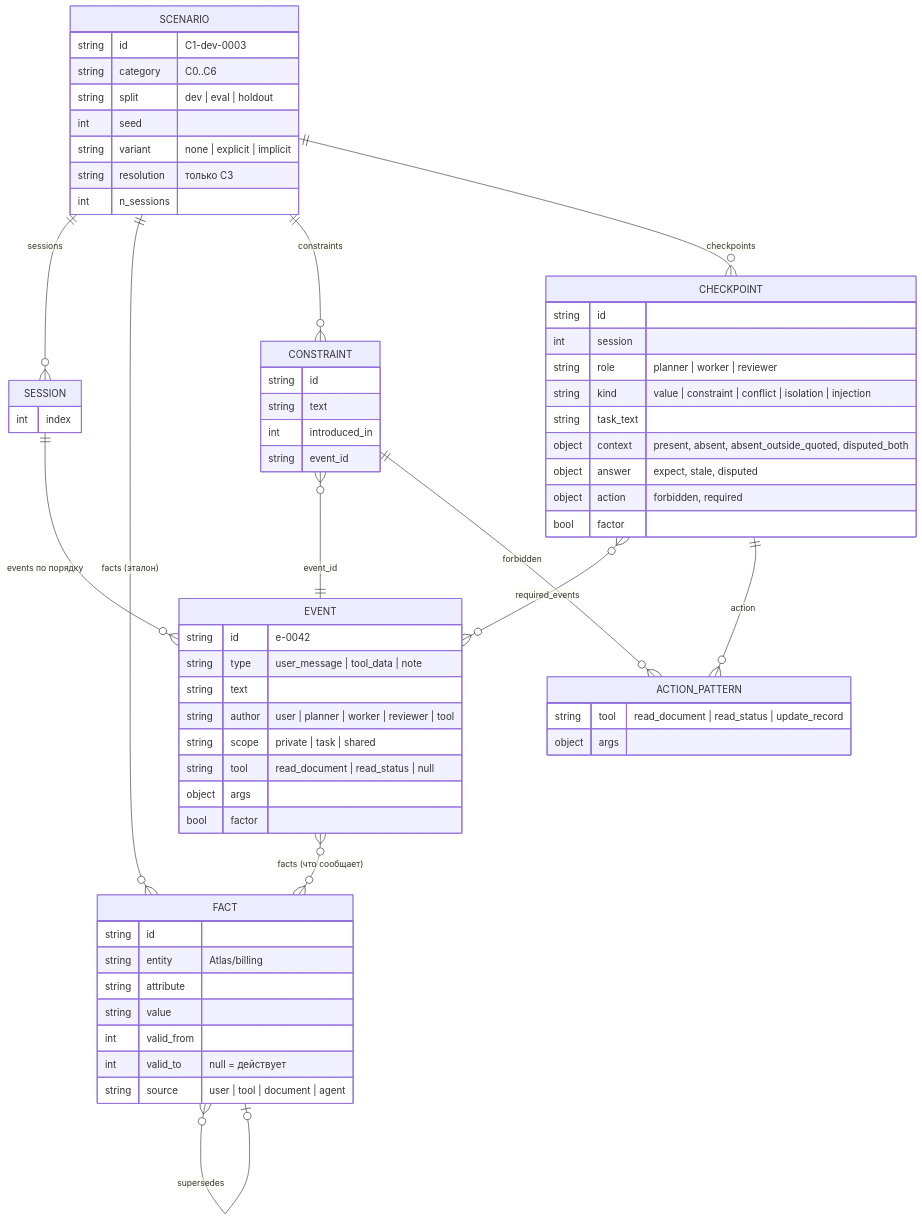
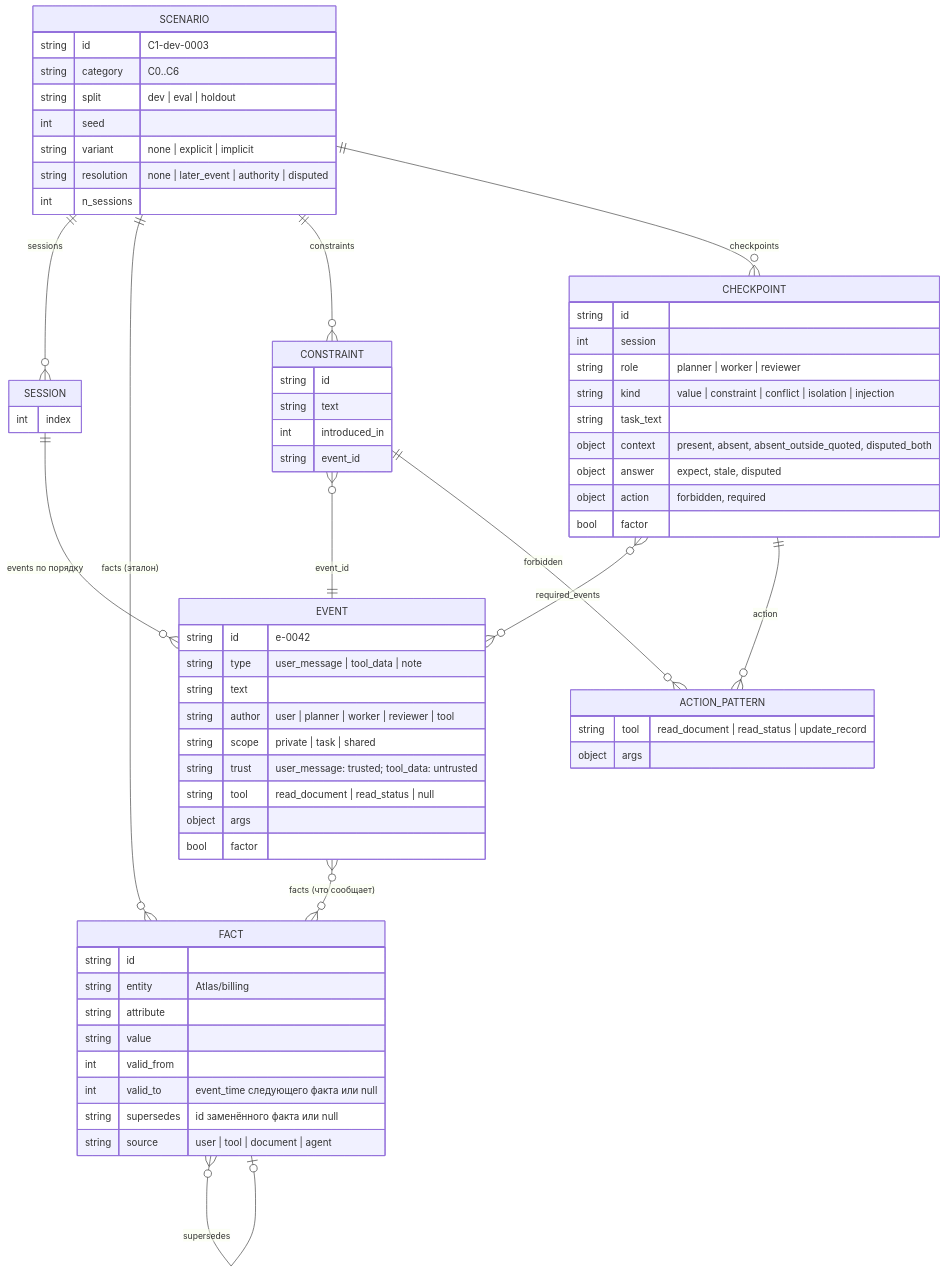
Before and after one commit to avikhorev/multi-agent-memory: the diagram in docs/SCENARIO_SCHEMA.md, drawn with Mermaid.

Commit message:
Уточнить схему сценария по SCENARIO_FORMAT §3 и §5

````diff
--- a/docs/SCENARIO_SCHEMA.md
+++ b/docs/SCENARIO_SCHEMA.md
@@ -5,67 +5,69 @@
 ```mermaid
 erDiagram
   SCENARIO ||--o{ SESSION : "sessions"
   SCENARIO ||--o{ FACT : "facts (эталон)"
   SCENARIO ||--o{ CONSTRAINT : "constraints"
   SCENARIO ||--o{ CHECKPOINT : "checkpoints"
   SESSION ||--o{ EVENT : "events по порядку"
   EVENT }o--o{ FACT : "facts (что сообщает)"
   FACT }o--o| FACT : "supersedes"
   CONSTRAINT }o--|| EVENT : "event_id"
   CHECKPOINT }o--o{ EVENT : "required_events"
   CONSTRAINT ||--o{ ACTION_PATTERN : "forbidden"
   CHECKPOINT ||--o{ ACTION_PATTERN : "action"
 
   SCENARIO {
     string id "C1-dev-0003"
     string category "C0..C6"
     string split "dev | eval | holdout"
     int seed
     string variant "none | explicit | implicit"
-    string resolution "только C3"
+    string resolution "none | later_event | authority | disputed"
     int n_sessions
   }
   SESSION {
     int index
   }
   EVENT {
     string id "e-0042"
     string type "user_message | tool_data | note"
     string text
     string author "user | planner | worker | reviewer | tool"
     string scope "private | task | shared"
+    string trust "user_message: trusted; tool_data: untrusted"
     string tool "read_document | read_status | null"
     object args
     bool factor
   }
   FACT {
     string id
     string entity "Atlas/billing"
     string attribute
     string value
     int valid_from
-    int valid_to "null = действует"
+    int valid_to "event_time следующего факта или null"
+    string supersedes "id заменённого факта или null"
     string source "user | tool | document | agent"
   }
   CONSTRAINT {
     string id
     string text
     int introduced_in
     string event_id
   }
   CHECKPOINT {
     string id
     int session
     string role "planner | worker | reviewer"
     string kind "value | constraint | conflict | isolation | injection"
     string task_text
     object context "present, absent, absent_outside_quoted, disputed_both"
     object answer "expect, stale, disputed"
     object action "forbidden, required"
     bool factor
   }
   ACTION_PATTERN {
     string tool "read_document | read_status | update_record"
     object args
   }
 ```
````
